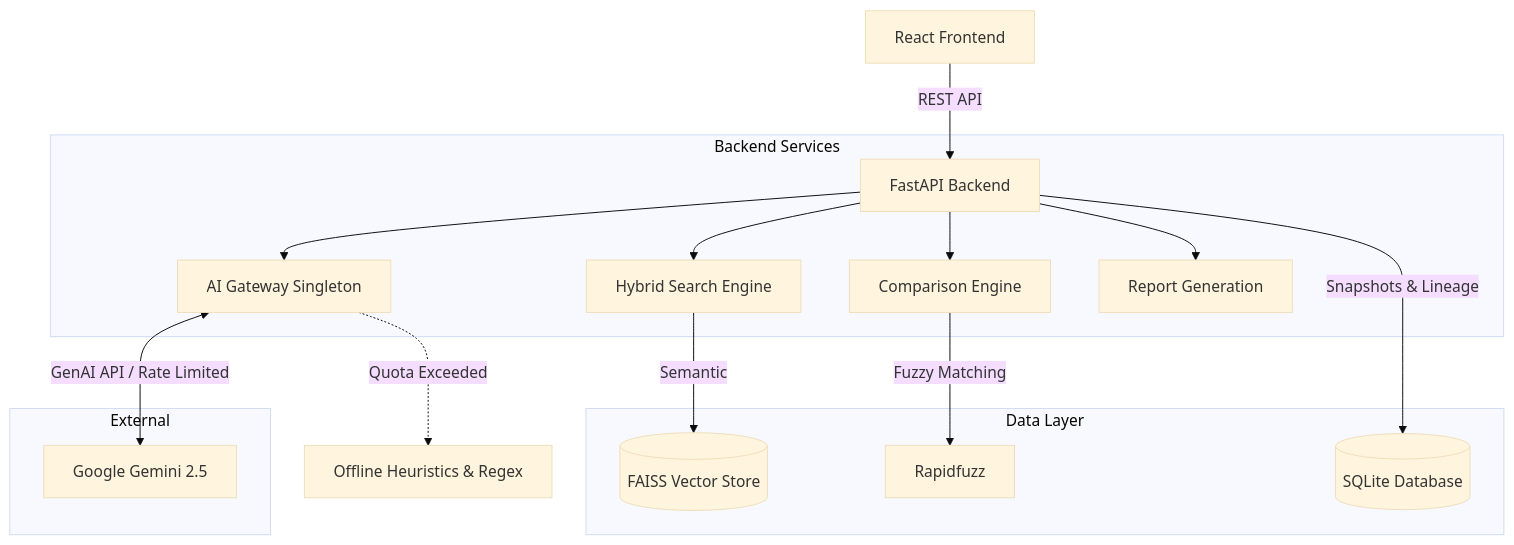
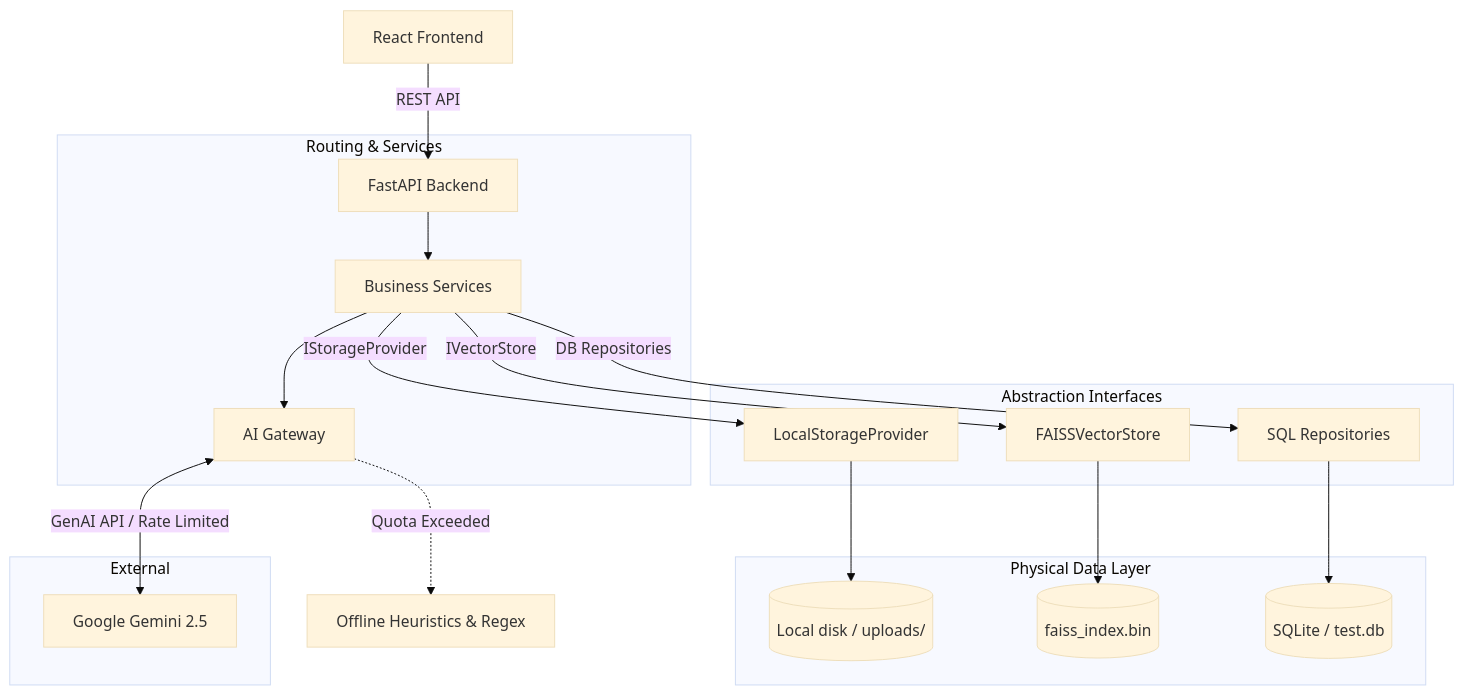
One commit to Sriman-69/ClauseIQ changed the diagram in README.md. Above: the diagram before and after it, drawn with Mermaid (base theme). The commit also changed other lines of this file and 21 other files, not shown here.

````diff
--- a/README.md
+++ b/README.md
@@ -48,24 +50,28 @@
 ```mermaid
 graph TD;
     Client[React Frontend] -->|REST API| API[FastAPI Backend]
     
-    subgraph Backend Services
-        API --> AIService[AI Gateway Singleton]
-        API --> Search[Hybrid Search Engine]
-        API --> Compare[Comparison Engine]
-        API --> Export[Report Generation]
+    subgraph Routing & Services
+        API --> Services[Business Services]
+        Services --> AIService[AI Gateway]
     end
 
-    subgraph Data Layer
-        Search -->|Semantic| FAISS[(FAISS Vector Store)]
-        Compare -->|Fuzzy Matching| RF[Rapidfuzz]
-        API -->|Snapshots & Lineage| DB[(SQLite Database)]
+    subgraph Abstraction Interfaces
+        Services -->|IStorageProvider| Storage[LocalStorageProvider]
+        Services -->|IVectorStore| Vectors[FAISSVectorStore]
+        Services -->|DB Repositories| Repos[SQL Repositories]
+    end
+
+    subgraph Physical Data Layer
+        Storage --> Disk[(Local disk / uploads/)]
+        Vectors --> FAISSIndex[(faiss_index.bin)]
+        Repos --> SQLiteDB[(SQLite / test.db)]
     end
 
     subgraph External
         AIService <-->|GenAI API / Rate Limited| Gemini[Google Gemini 2.5]
     end
 
     %% Fallback Logic
     AIService -.->|Quota Exceeded| Fallbacks[Offline Heuristics & Regex]
 ```
````
